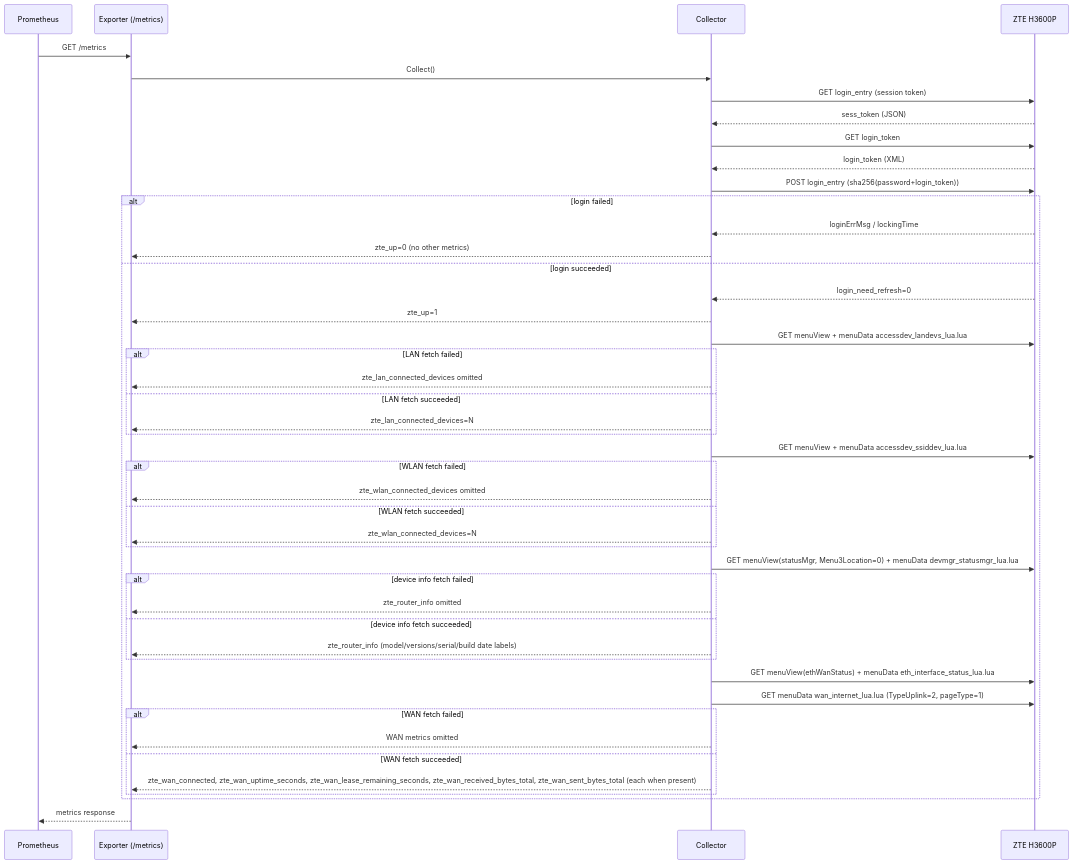
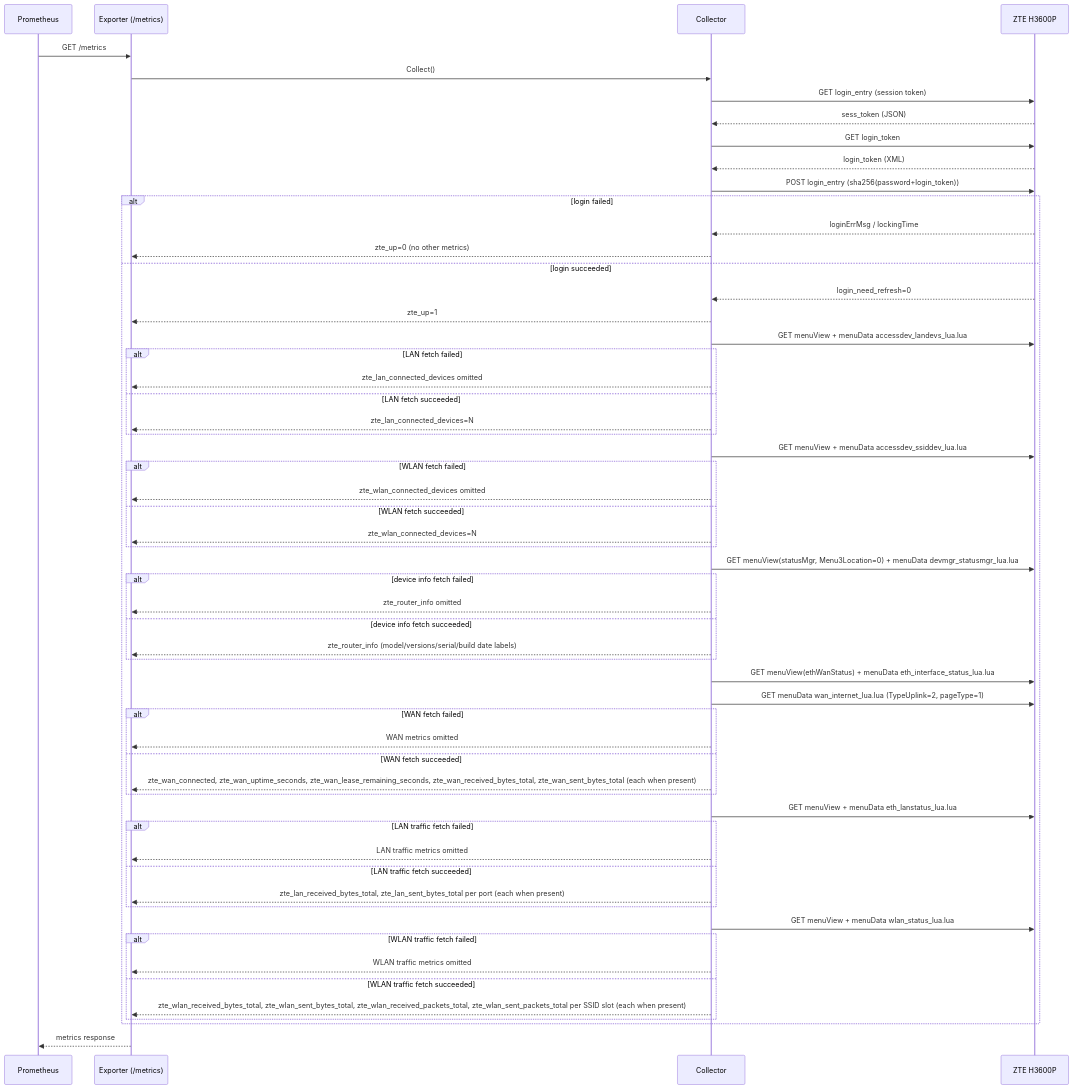
One commit to cristianat98/ZTE-Exporter changed the diagram in docs/flows.md. Above: the diagram before and after it, drawn with Mermaid. The commit also changed other lines of this file and 2 other files, not shown here.

Commit message:
docs: document LAN/WLAN traffic metrics (U4)

````diff
--- a/docs/flows.md
+++ b/docs/flows.md
@@ -8,48 +8,60 @@
 ```mermaid
 sequenceDiagram
     participant Prometheus
     participant Exporter as Exporter (/metrics)
     participant Collector
     participant Router as ZTE H3600P
 
     Prometheus->>Exporter: GET /metrics
     Exporter->>Collector: Collect()
     Collector->>Router: GET login_entry (session token)
     Router-->>Collector: sess_token (JSON)
     Collector->>Router: GET login_token
     Router-->>Collector: login_token (XML)
     Collector->>Router: POST login_entry (sha256(password+login_token))
     alt login failed
         Router-->>Collector: loginErrMsg / lockingTime
         Collector-->>Exporter: zte_up=0 (no other metrics)
     else login succeeded
         Router-->>Collector: login_need_refresh=0
         Collector-->>Exporter: zte_up=1
         Collector->>Router: GET menuView + menuData accessdev_landevs_lua.lua
         alt LAN fetch failed
             Collector-->>Exporter: zte_lan_connected_devices omitted
         else LAN fetch succeeded
             Collector-->>Exporter: zte_lan_connected_devices=N
         end
         Collector->>Router: GET menuView + menuData accessdev_ssiddev_lua.lua
         alt WLAN fetch failed
             Collector-->>Exporter: zte_wlan_connected_devices omitted
         else WLAN fetch succeeded
             Collector-->>Exporter: zte_wlan_connected_devices=N
         end
         Collector->>Router: GET menuView(statusMgr, Menu3Location=0) + menuData devmgr_statusmgr_lua.lua
         alt device info fetch failed
             Collector-->>Exporter: zte_router_info omitted
         else device info fetch succeeded
             Collector-->>Exporter: zte_router_info (model/versions/serial/build date labels)
         end
         Collector->>Router: GET menuView(ethWanStatus) + menuData eth_interface_status_lua.lua
         Collector->>Router: GET menuData wan_internet_lua.lua (TypeUplink=2, pageType=1)
         alt WAN fetch failed
             Collector-->>Exporter: WAN metrics omitted
         else WAN fetch succeeded
             Collector-->>Exporter: zte_wan_connected, zte_wan_uptime_seconds, zte_wan_lease_remaining_seconds, zte_wan_received_bytes_total, zte_wan_sent_bytes_total (each when present)
         end
+        Collector->>Router: GET menuView + menuData eth_lanstatus_lua.lua
+        alt LAN traffic fetch failed
+            Collector-->>Exporter: LAN traffic metrics omitted
+        else LAN traffic fetch succeeded
+            Collector-->>Exporter: zte_lan_received_bytes_total, zte_lan_sent_bytes_total per port (each when present)
+        end
+        Collector->>Router: GET menuView + menuData wlan_status_lua.lua
+        alt WLAN traffic fetch failed
+            Collector-->>Exporter: WLAN traffic metrics omitted
+        else WLAN traffic fetch succeeded
+            Collector-->>Exporter: zte_wlan_received_bytes_total, zte_wlan_sent_bytes_total, zte_wlan_received_packets_total, zte_wlan_sent_packets_total per SSID slot (each when present)
+        end
     end
     Exporter-->>Prometheus: metrics response
 ```
````
